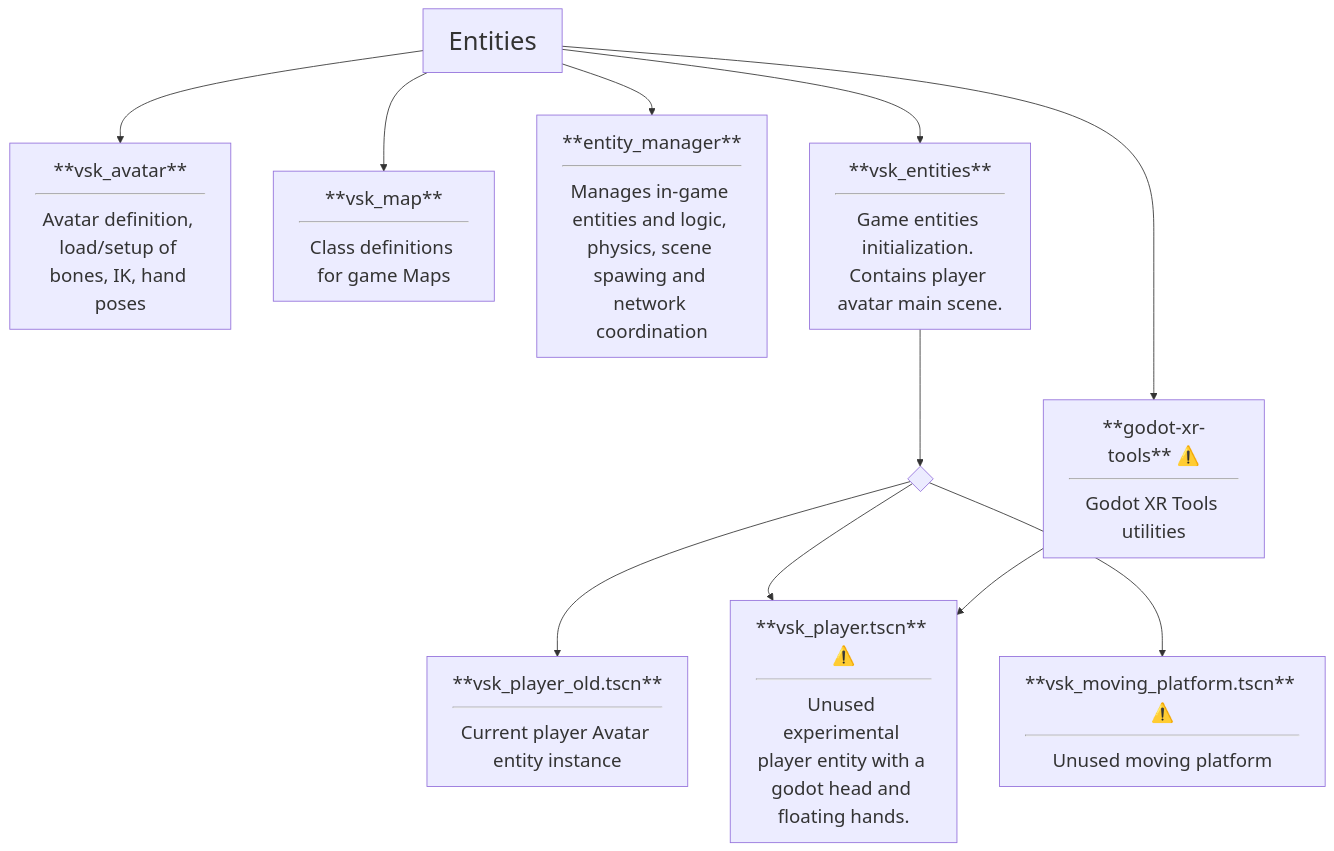
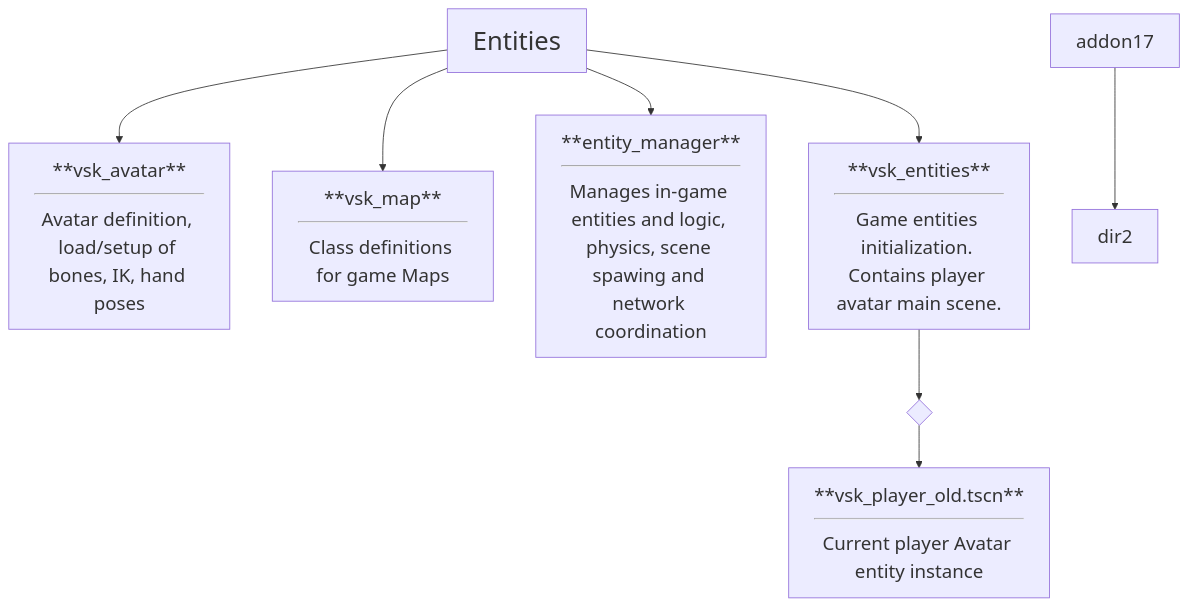
The fourth of 8 diagrams in CODEBASE.md (V-Sekai/v-sekai-game), drawn with Mermaid before and after one commit. The commit also changed other lines of this file and 151 other files, not shown here.

````diff
--- a/CODEBASE.md
+++ b/CODEBASE.md
@@ -50,18 +50,15 @@
 ```mermaid
 %%{init: {'themeVariables': { 'fontSize': '22px' }}}%%
 flowchart TD
         Entities --> addon13[**vsk_avatar**<hr>Avatar definition, load/setup of bones, IK, hand poses]
         Entities --> addon14[**vsk_map**<hr>Class definitions for game Maps]
         Entities --> addon15[**entity_manager**<hr>Manages in-game entities and logic, physics, scene spawing and network coordination]
         Entities --> addon16[**vsk_entities**<hr>Game entities initialization. Contains player avatar main scene.]
             addon16 --> ctrl1{" "}
             ctrl1 --> dir1[**vsk_player_old.tscn**<hr>Current player Avatar entity instance]
-            ctrl1 --> dir2[**vsk_player.tscn** ⚠️<hr>Unused experimental player entity with a godot head and floating hands.]
-            ctrl1 --> dir3[**vsk_moving_platform.tscn** ⚠️<hr>Unused moving platform]
-        Entities --> addon17[**godot-xr-tools** ⚠️<hr>Godot XR Tools utilities]
         addon17 --> dir2
 
     classDef Category font-size:30px
     class Entities Category
 
 ```
````
